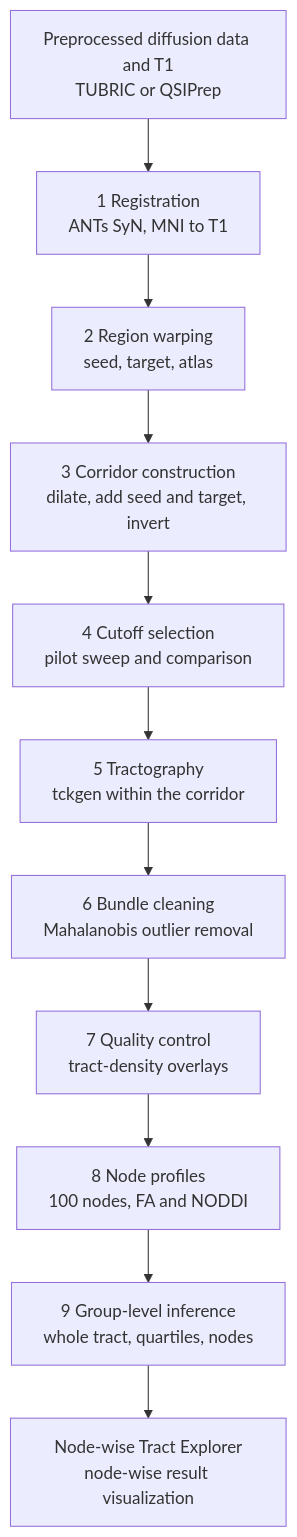
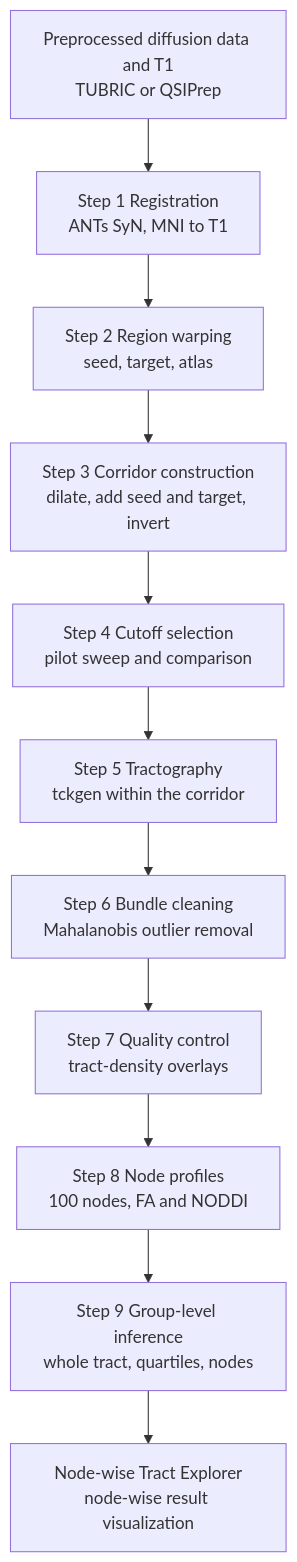
Before and after one commit to DiffusionTensorImaging-Repos/MesoConnect-Tutorial: the diagram in docs/workflow/overview.md, drawn with Mermaid. The commit also changed other lines of this file and 27 other files, not shown here.

````diff
--- a/docs/workflow/overview.md
+++ b/docs/workflow/overview.md
@@ -10,13 +14,13 @@
 ```mermaid
 flowchart TD
-  A[Preprocessed diffusion data and T1<br/>TUBRIC or QSIPrep] --> B[1 Registration<br/>ANTs SyN, MNI to T1]
-  B --> C[2 Region warping<br/>seed, target, atlas]
-  C --> D[3 Corridor construction<br/>dilate, add seed and target, invert]
-  D --> E[4 Cutoff selection<br/>pilot sweep and comparison]
-  E --> F[5 Tractography<br/>tckgen within the corridor]
-  F --> G[6 Bundle cleaning<br/>Mahalanobis outlier removal]
-  G --> H[7 Quality control<br/>tract-density overlays]
-  H --> I[8 Node profiles<br/>100 nodes, FA and NODDI]
-  I --> J[9 Group-level inference<br/>whole tract, quartiles, nodes]
+  A[Preprocessed diffusion data and T1<br/>TUBRIC or QSIPrep] --> B[Step 1 Registration<br/>ANTs SyN, MNI to T1]
+  B --> C[Step 2 Region warping<br/>seed, target, atlas]
+  C --> D[Step 3 Corridor construction<br/>dilate, add seed and target, invert]
+  D --> E[Step 4 Cutoff selection<br/>pilot sweep and comparison]
+  E --> F[Step 5 Tractography<br/>tckgen within the corridor]
+  F --> G[Step 6 Bundle cleaning<br/>Mahalanobis outlier removal]
+  G --> H[Step 7 Quality control<br/>tract-density overlays]
+  H --> I[Step 8 Node profiles<br/>100 nodes, FA and NODDI]
+  I --> J[Step 9 Group-level inference<br/>whole tract, quartiles, nodes]
   J --> K[Node-wise Tract Explorer<br/>node-wise result visualization]
 ```
````
